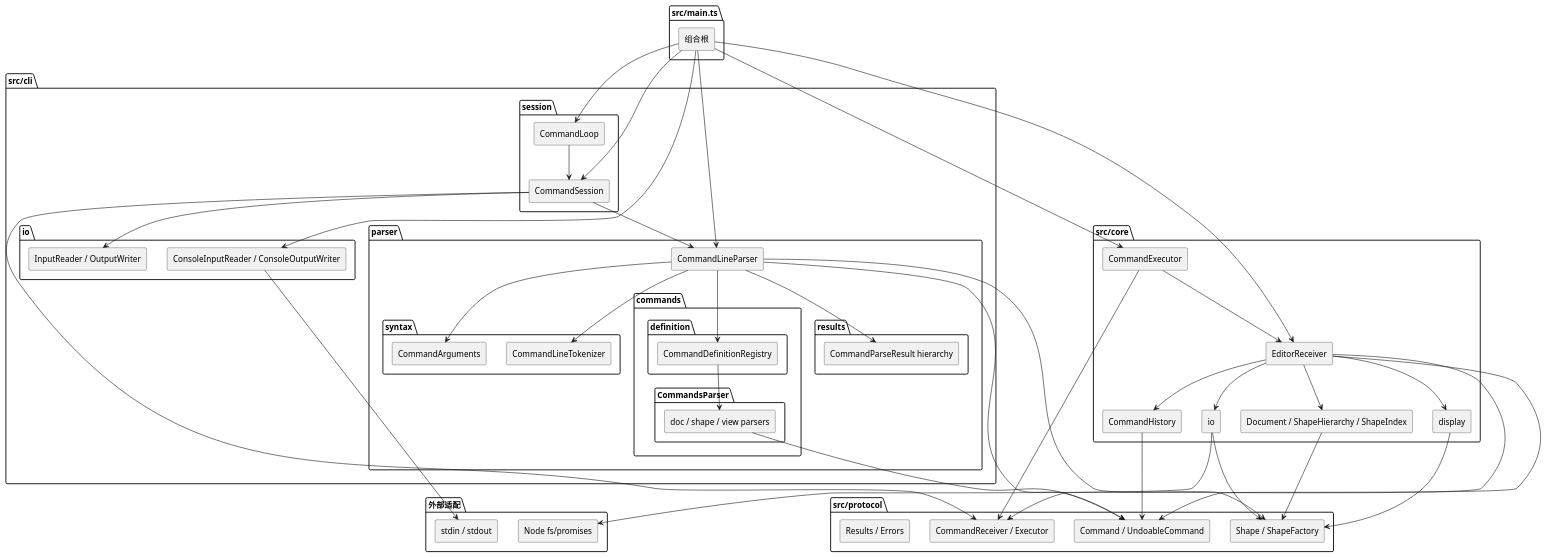
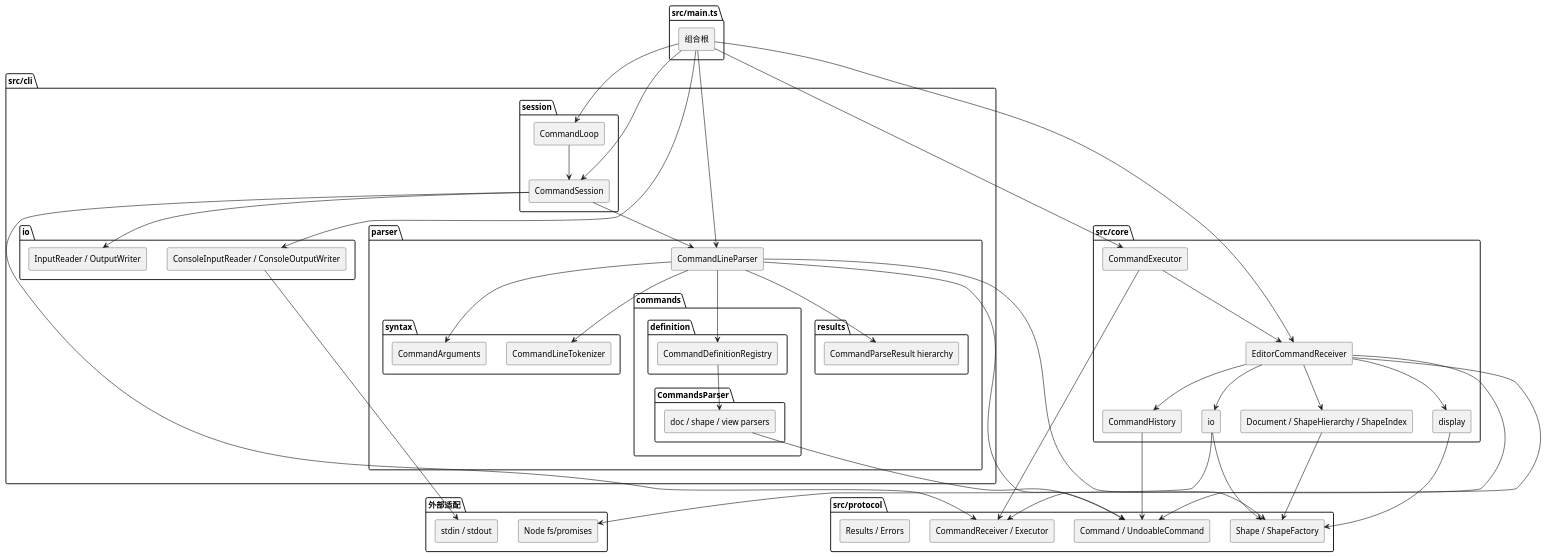
Before and after one commit to zhao-jingyan/SVG-Editor: the diagram in doc/README.md, drawn with PlantUML. The commit also changed other lines of this file and 14 other files, not shown here.

```diff
--- a/doc/README.md
+++ b/doc/README.md
@@ -76,7 +76,7 @@
 
 package "src/core" {
   [CommandExecutor] as Executor
-  [EditorReceiver] as Receiver
+  [EditorCommandReceiver] as Receiver
   [Document / ShapeHierarchy / ShapeIndex] as Document
   [CommandHistory] as History
   [display] as Display
```
